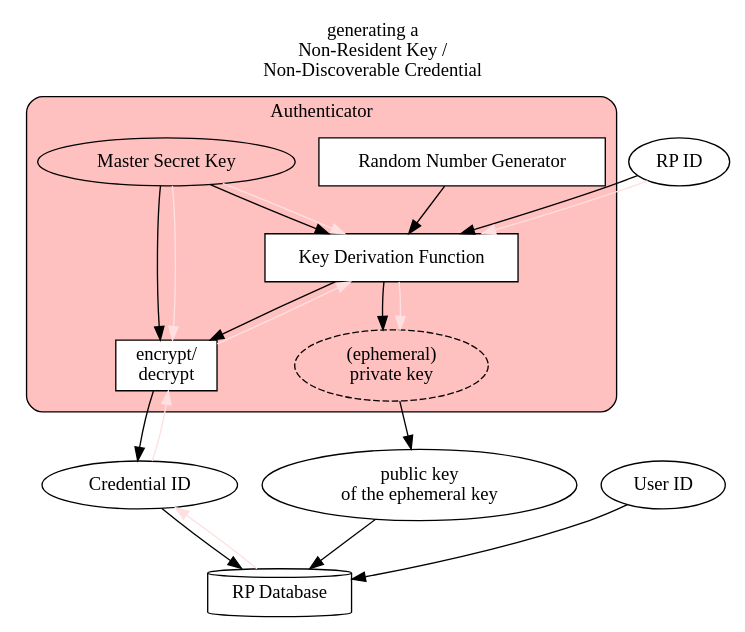
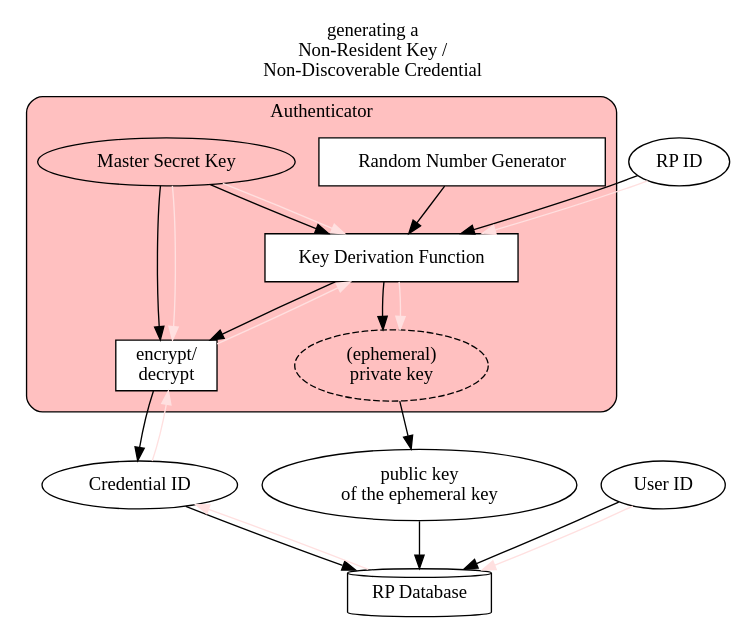
Before and after one commit to ckhung/ckhung.github.io: the diagram in a/m/25/wa-nrkey.dot, drawn with Graphviz. The commit also changed 2 other files, not shown here.

Commit message:
add User_ID => RP_DB

```diff
--- a/a/m/25/wa-nrkey.dot
+++ b/a/m/25/wa-nrkey.dot
@@ -1,58 +1,59 @@
 digraph NonResidentKey {
     rankdir=TB;
     
     // Global Styles
     node [shape=ellipse];
     
     // Title
     label = "generating a\nNon-Resident Key /\nNon-Discoverable Credential";
     labelloc = "t";
     
     subgraph cluster_authenticator {
         label = "Authenticator";
 	style = "rounded";
 	bgcolor = "#ffc0c0";
         MasterKey [ label="Master Secret Key" ];
 	KDF [
 	    label="Key Derivation Function";
 	    shape=box;
 	    style="filled";
 	    fillcolor="#ffffff"
 	];
 	RNG [
 	    label="Random Number Generator";
 	    shape=box;
 	    style="filled";
 	    fillcolor="#ffffff"
 	];
 	crypt [
 	    label="encrypt/\ndecrypt"
 	    shape=box;
 	    style="filled";
 	    fillcolor="#ffffff"
 	];
 	PrivKey [
 	    label="(ephemeral)\nprivate key";
             style="dashed";
 	];
     }
     
     RP_ID [ label="RP ID" ];
     Cred_ID [ label="Credential ID" ];
     User_ID [ label="User ID" ];
     PubKey [ label="public key\nof the ephemeral key" ];
     RP_DB [ label="RP Database", shape=cylinder];
 
     // registration
     { MasterKey RNG RP_ID } -> KDF;
     KDF -> PrivKey;
     { KDF MasterKey } -> crypt -> Cred_ID;
     PrivKey -> PubKey;
     { PubKey Cred_ID User_ID } -> RP_DB;
 
     // authentication
+    User_ID -> RP_DB [ color="#ffe0e0" ];
     RP_DB -> Cred_ID -> crypt [ color="#ffe0e0" ];
     { RP_ID crypt } -> KDF [ color="#ffe0e0" ];
     MasterKey -> { crypt KDF } [ color="#ffe0e0" ];
     KDF -> PrivKey [ color="#ffe0e0" ];
 }
```
